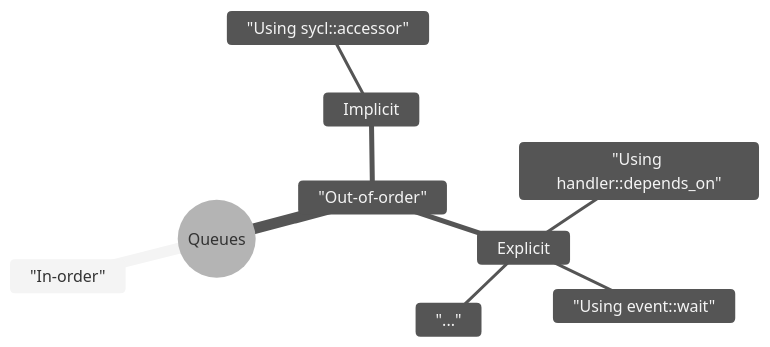
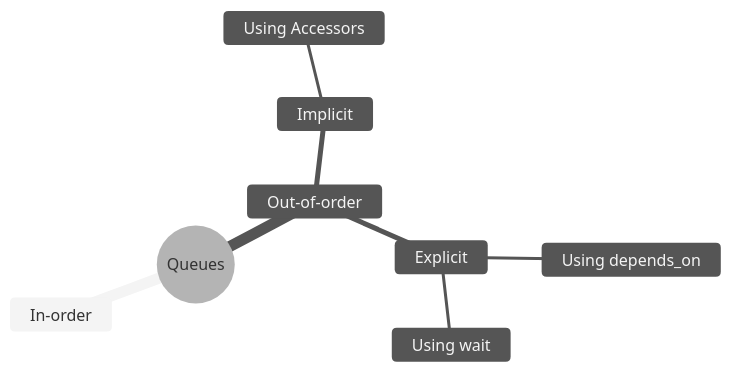
Before and after one commit to salehjg/Learning-SYCL: the diagram in examples/01.queues/readme.md, drawn with Mermaid (neutral theme).

````diff
--- a/examples/01.queues/readme.md
+++ b/examples/01.queues/readme.md
@@ -5,12 +5,11 @@
 ```mermaid
 mindmap
-  root((Queues))
-    "In-order"
-    "Out-of-order"
+  root((Queues)
+    In-order
+    Out-of-order
       Implicit
-        "Using sycl::accessor"
+        Using Accessors
       Explicit
-        "Using handler::depends_on"
-        "Using event::wait"
-        "..."
+        Using depends_on
+        Using wait
 ```
````
